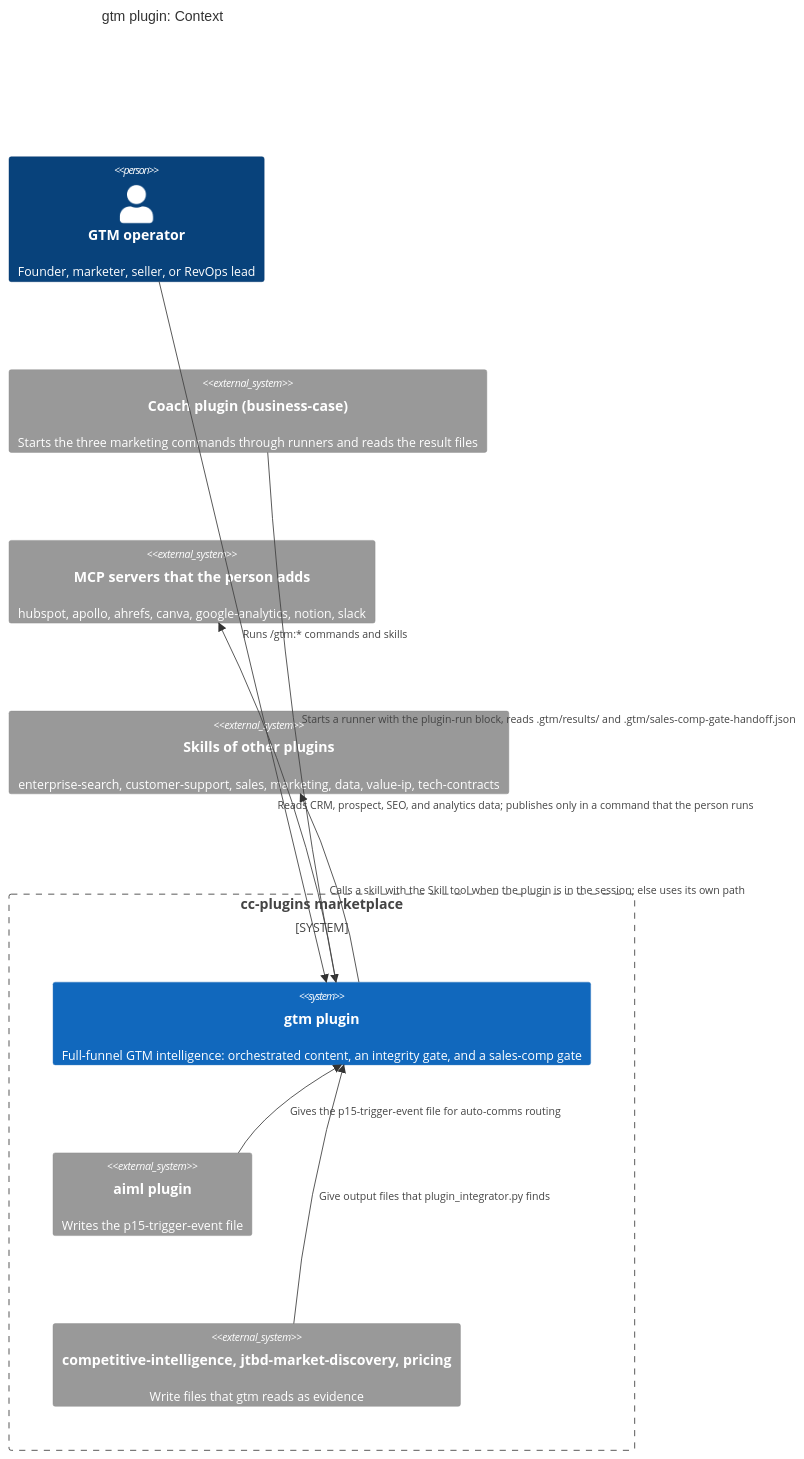
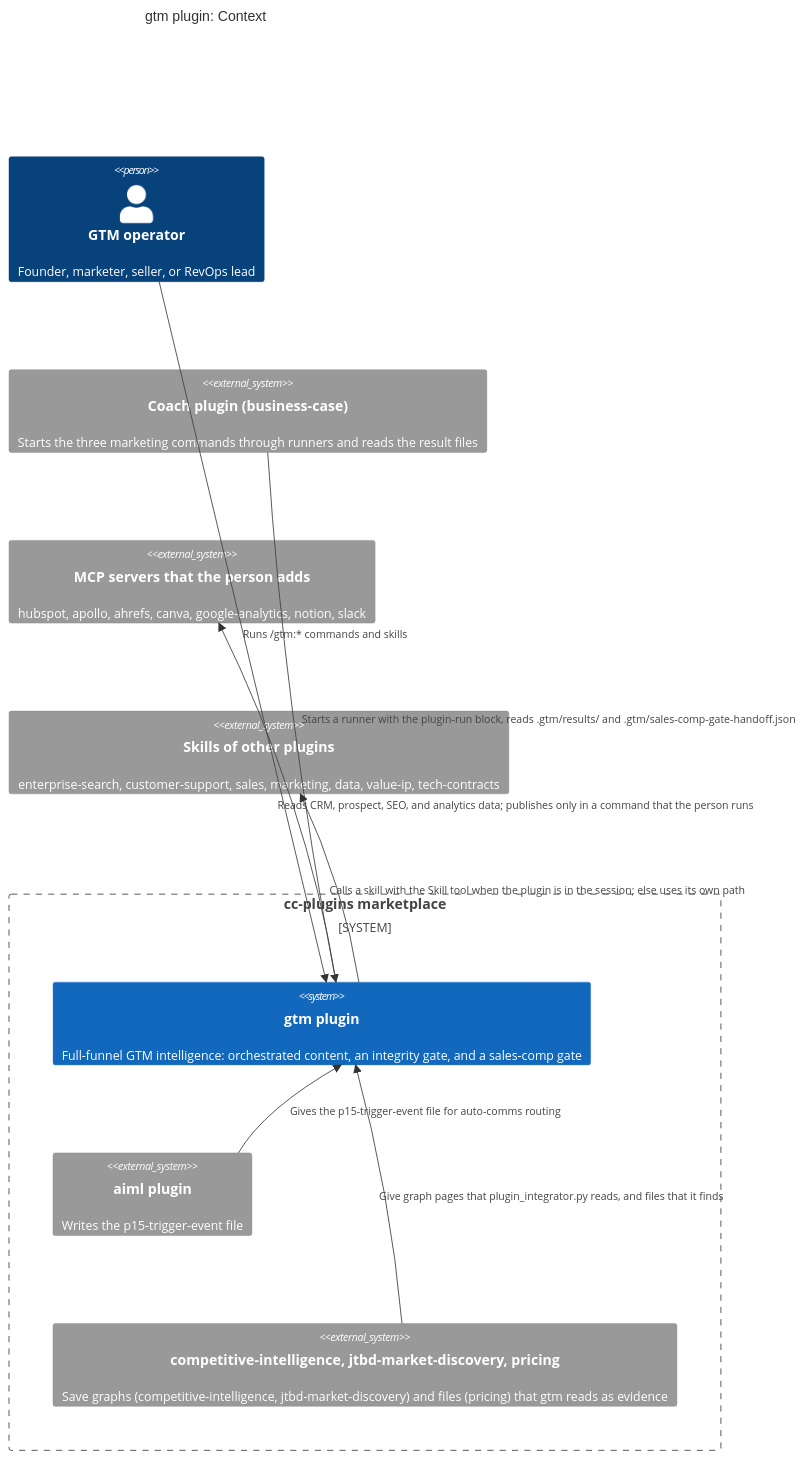
The first of 2 diagrams in plugins/gtm/docs/diagrams/gtm-c4-context.md (ai-advanced-futures/cc-plugins), drawn with Mermaid before and after one commit. The commit also changed 17 other files, not shown here.

````diff
--- a/plugins/gtm/docs/diagrams/gtm-c4-context.md
+++ b/plugins/gtm/docs/diagrams/gtm-c4-context.md
@@ -7,23 +7,23 @@
 ```mermaid
 C4Context
   title gtm plugin: Context
 
   Person(operator, "GTM operator", "Founder, marketer, seller, or RevOps lead")
 
   System_Boundary(mkt, "cc-plugins marketplace") {
     System(gtm, "gtm plugin", "Full-funnel GTM intelligence: orchestrated content, an integrity gate, and a sales-comp gate")
     System_Ext(aiml, "aiml plugin", "Writes the p15-trigger-event file")
-    System_Ext(evidence, "competitive-intelligence, jtbd-market-discovery, pricing", "Write files that gtm reads as evidence")
+    System_Ext(evidence, "competitive-intelligence, jtbd-market-discovery, pricing", "Save graphs (competitive-intelligence, jtbd-market-discovery) and files (pricing) that gtm reads as evidence")
   }
 
   System_Ext(coach, "Coach plugin (business-case)", "Starts the three marketing commands through runners and reads the result files")
   System_Ext(servers, "MCP servers that the person adds", "hubspot, apollo, ahrefs, canva, google-analytics, notion, slack")
   System_Ext(skills, "Skills of other plugins", "enterprise-search, customer-support, sales, marketing, data, value-ip, tech-contracts")
 
   Rel(operator, gtm, "Runs /gtm:* commands and skills")
   Rel(coach, gtm, "Starts a runner with the plugin-run block, reads .gtm/results/ and .gtm/sales-comp-gate-handoff.json")
   Rel(aiml, gtm, "Gives the p15-trigger-event file for auto-comms routing")
-  Rel(evidence, gtm, "Give output files that plugin_integrator.py finds")
+  Rel(evidence, gtm, "Give graph pages that plugin_integrator.py reads, and files that it finds")
   Rel(gtm, servers, "Reads CRM, prospect, SEO, and analytics data; publishes only in a command that the person runs")
   Rel(gtm, skills, "Calls a skill with the Skill tool when the plugin is in the session; else uses its own path")
 ```
````
